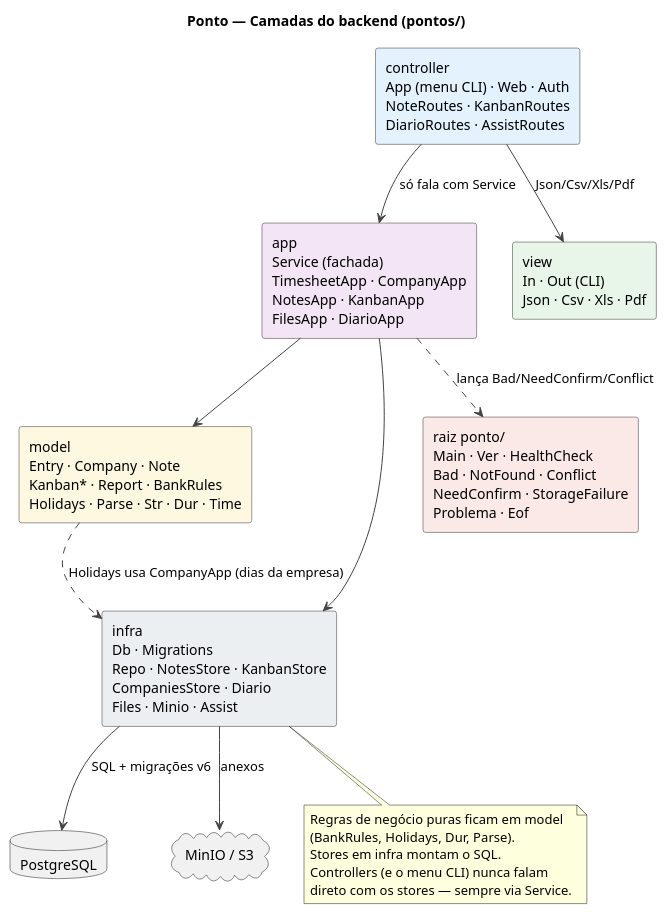
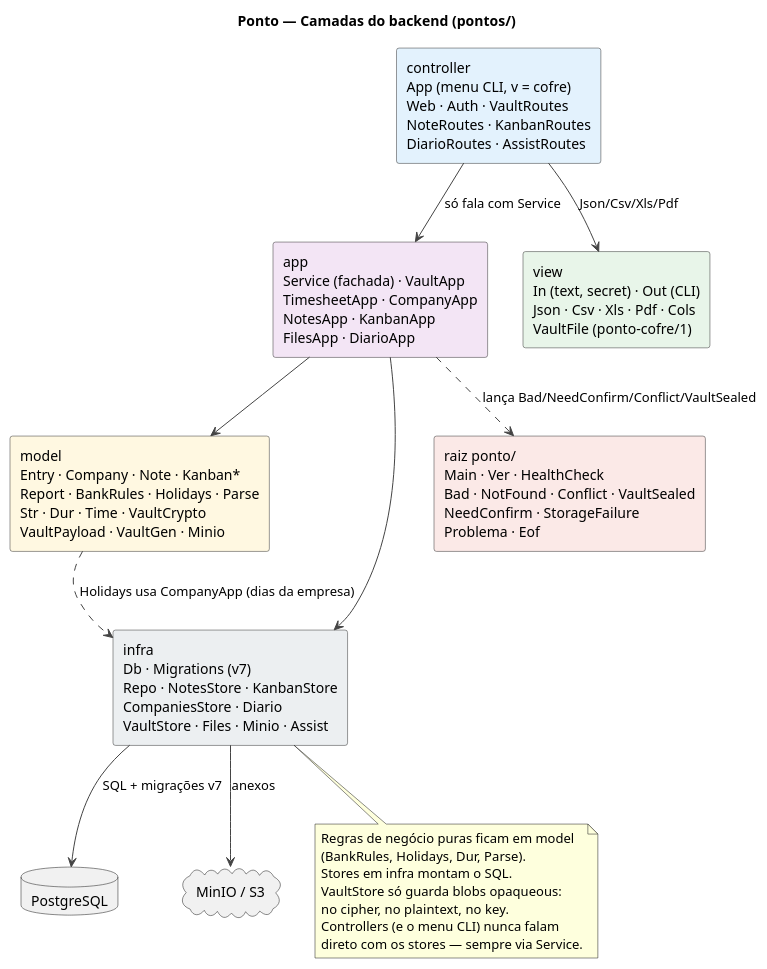
One commit to thiagohmm/ponto changed the diagram in docs/diagramas/03-backend-camadas.puml. Above: the diagram before and after it, drawn with PlantUML. The commit also changed 71 other files, not shown here.

First line of the commit message:
Adiciona o cofre client-side e HTTPS na LAN para WebCrypto.

```diff
--- a/docs/diagramas/03-backend-camadas.puml
+++ b/docs/diagramas/03-backend-camadas.puml
@@ -1,43 +1,45 @@
 @startuml backend-camadas
 title Ponto — Camadas do backend (pontos/)
 
 skinparam shadowing false
 skinparam rectangle {
   BackgroundColor #FDFDFD
   BorderColor #333333
 }
 skinparam arrowColor #444444
 
-rectangle "controller\nApp (menu CLI) · Web · Auth\nNoteRoutes · KanbanRoutes\nDiarioRoutes · AssistRoutes" as ctrl #E3F2FD
+rectangle "controller\nApp (menu CLI, v = cofre)\nWeb · Auth · VaultRoutes\nNoteRoutes · KanbanRoutes\nDiarioRoutes · AssistRoutes" as ctrl #E3F2FD
 
-rectangle "app\nService (fachada)\nTimesheetApp · CompanyApp\nNotesApp · KanbanApp\nFilesApp · DiarioApp" as app #F3E5F5
+rectangle "app\nService (fachada) · VaultApp\nTimesheetApp · CompanyApp\nNotesApp · KanbanApp\nFilesApp · DiarioApp" as app #F3E5F5
 
-rectangle "model\nEntry · Company · Note\nKanban* · Report · BankRules\nHolidays · Parse · Str · Dur · Time" as model #FFF8E1
+rectangle "model\nEntry · Company · Note · Kanban*\nReport · BankRules · Holidays · Parse\nStr · Dur · Time · VaultCrypto\nVaultPayload · VaultGen · Minio" as model #FFF8E1
 
-rectangle "infra\nDb · Migrations\nRepo · NotesStore · KanbanStore\nCompaniesStore · Diario\nFiles · Minio · Assist" as infra #ECEFF1
+rectangle "infra\nDb · Migrations (v7)\nRepo · NotesStore · KanbanStore\nCompaniesStore · Diario\nVaultStore · Files · Minio · Assist" as infra #ECEFF1
 
-rectangle "view\nIn · Out (CLI)\nJson · Csv · Xls · Pdf" as view #E8F5E9
+rectangle "view\nIn (text, secret) · Out (CLI)\nJson · Csv · Xls · Pdf · Cols\nVaultFile (ponto-cofre/1)" as view #E8F5E9
 
-rectangle "raiz ponto/\nMain · Ver · HealthCheck\nBad · NotFound · Conflict\nNeedConfirm · StorageFailure\nProblema · Eof" as root #FBE9E7
+rectangle "raiz ponto/\nMain · Ver · HealthCheck\nBad · NotFound · Conflict · VaultSealed\nNeedConfirm · StorageFailure\nProblema · Eof" as root #FBE9E7
 
 database "PostgreSQL" as db
 cloud "MinIO / S3" as s3
 
 ctrl --> app : só fala com Service
 app --> model
 app --> infra
 model ..> infra : Holidays usa CompanyApp (dias da empresa)
-infra --> db : SQL + migrações v6
+infra --> db : SQL + migrações v7
 infra --> s3 : anexos
 ctrl --> view : Json/Csv/Xls/Pdf
-app ..> root : lança Bad/NeedConfirm/Conflict
+app ..> root : lança Bad/NeedConfirm/Conflict/VaultSealed
 
 note as N1
   Regras de negócio puras ficam em model
   (BankRules, Holidays, Dur, Parse).
   Stores em infra montam o SQL.
+  VaultStore só guarda blobs opaqueous:
+  no cipher, no plaintext, no key.
   Controllers (e o menu CLI) nunca falam
   direto com os stores — sempre via Service.
 end note
 infra .. N1
 @enduml
```
